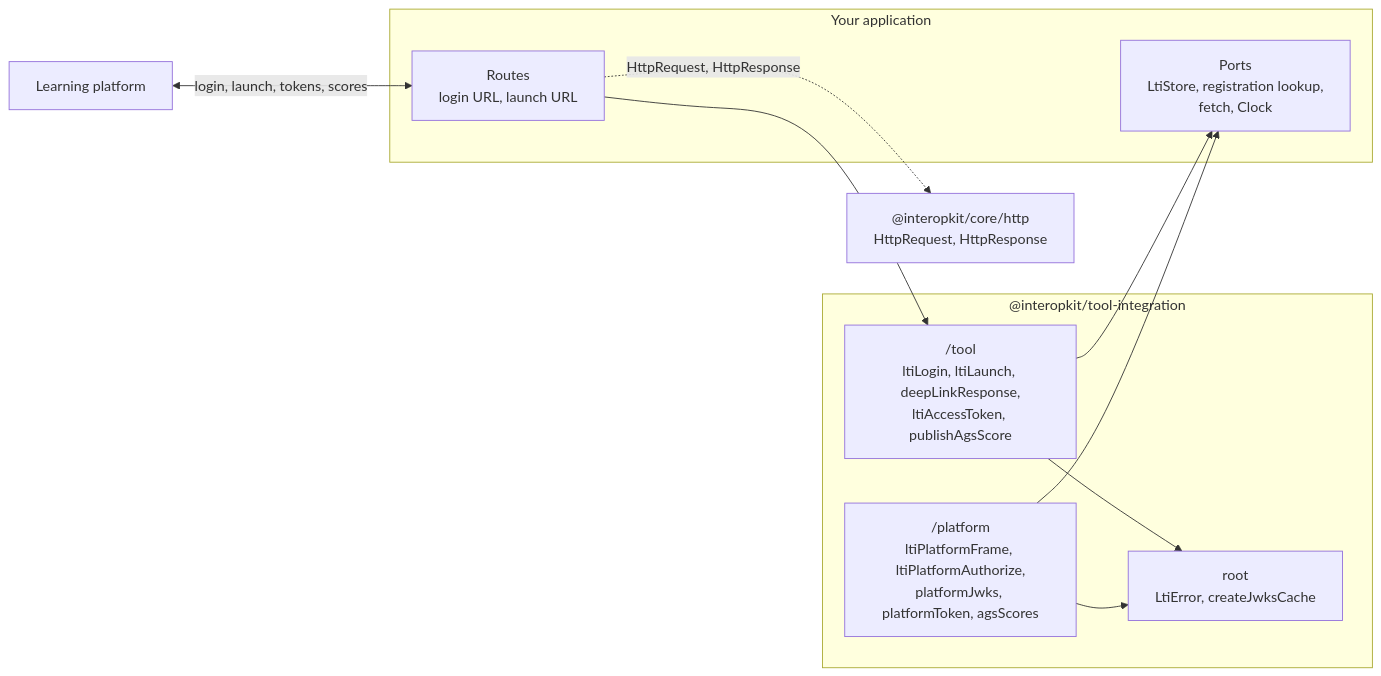
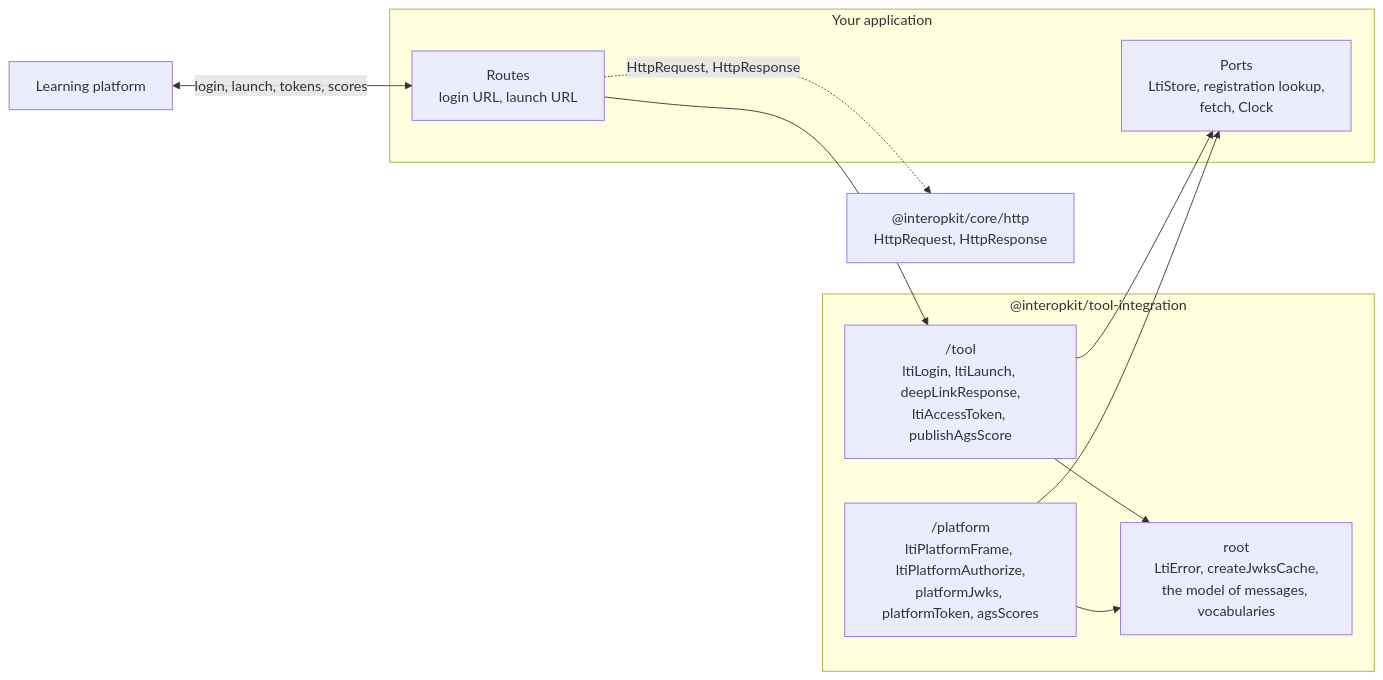
Before and after one commit to interopkit/interopkit: the diagram in packages/tool-integration/README.md, drawn with Mermaid. The commit also changed other lines of this file and 76 other files, not shown here.

````diff
--- a/packages/tool-integration/README.md
+++ b/packages/tool-integration/README.md
@@ -11,21 +11,21 @@
 ```mermaid
 flowchart LR
   platform["Learning platform"]
   subgraph host["Your application"]
     routes["Routes<br/>login URL, launch URL"]
     ports["Ports<br/>LtiStore, registration lookup,<br/>fetch, Clock"]
   end
   subgraph pkg["@interopkit/tool-integration"]
     tool["/tool<br/>ltiLogin, ltiLaunch, deepLinkResponse,<br/>ltiAccessToken, publishAgsScore"]
     platformRole["/platform<br/>ltiPlatformFrame, ltiPlatformAuthorize,<br/>platformJwks, platformToken, agsScores"]
-    root["root<br/>LtiError, createJwksCache"]
+    root["root<br/>LtiError, createJwksCache,<br/>the model of messages, vocabularies"]
   end
   http["@interopkit/core/http<br/>HttpRequest, HttpResponse"]
   platform <-->|"login, launch, tokens, scores"| routes
   routes --> tool
   routes -.->|"HttpRequest, HttpResponse"| http
   tool --> ports
   platformRole --> ports
   tool --> root
   platformRole --> root
 ```
````
